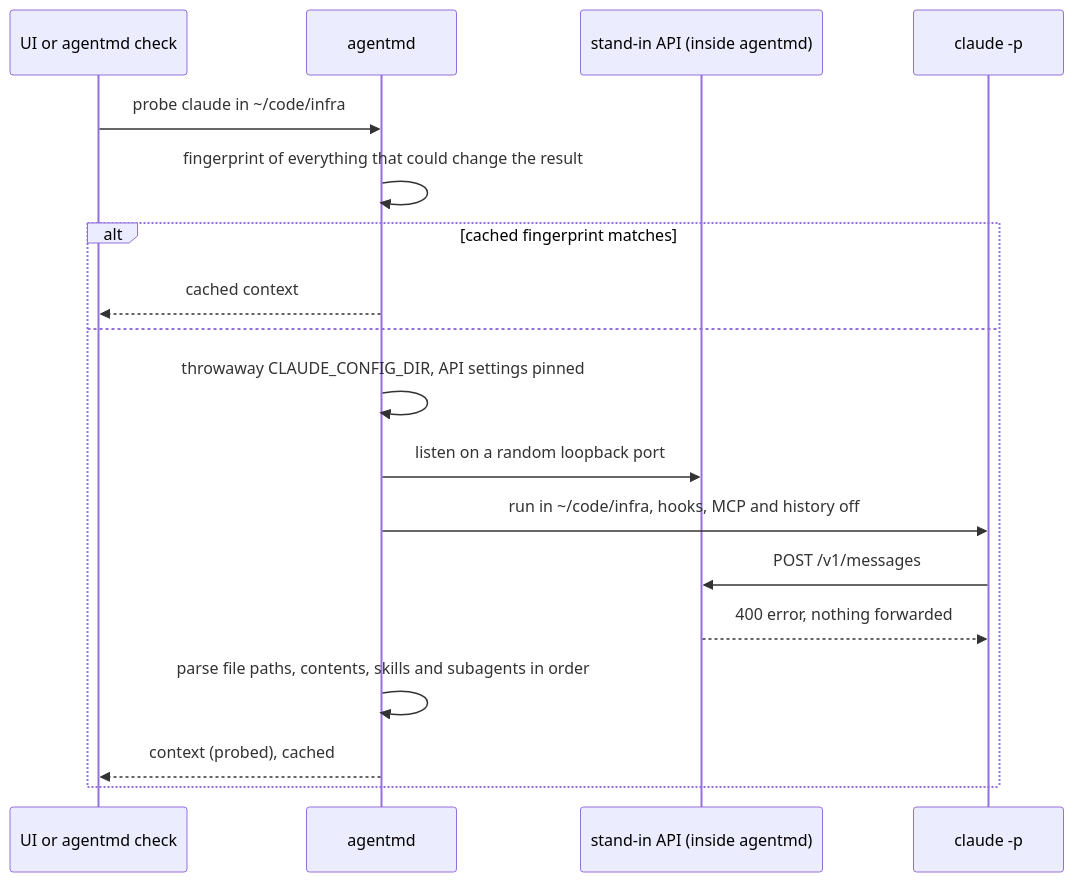
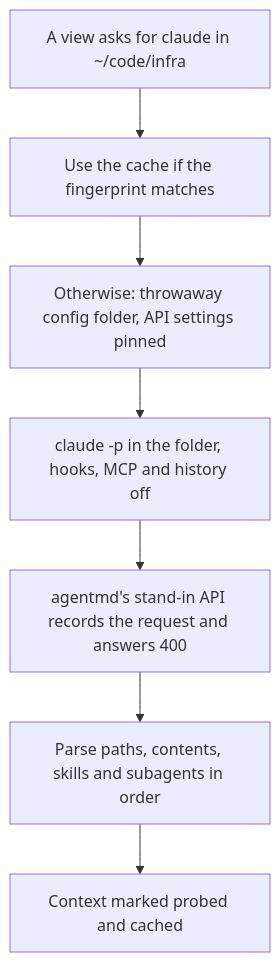
Before and after one commit to ViktorBarzin/agentmd: the second of 4 diagrams in docs/plans/2026-09-26-agentmd-v1.md, drawn with Mermaid. The commit also changed other lines of this file, not shown here.

First line of the commit message:
Redraw the plan's diagrams as narrow top-down flows

````diff
--- a/docs/plans/2026-09-26-agentmd-v1.md
+++ b/docs/plans/2026-09-26-agentmd-v1.md
@@ -133,20 +121,9 @@
 ```mermaid
-sequenceDiagram
-  participant UI as UI or agentmd check
-  participant M as agentmd
-  participant API as stand-in API (inside agentmd)
-  participant CC as claude -p
-  UI->>M: probe claude in ~/code/infra
-  M->>M: fingerprint of everything that could change the result
-  alt cached fingerprint matches
-    M-->>UI: cached context
-  else
-    M->>M: throwaway CLAUDE_CONFIG_DIR, API settings pinned
-    M->>API: listen on a random loopback port
-    M->>CC: run in ~/code/infra, hooks, MCP and history off
-    CC->>API: POST /v1/messages
-    API-->>CC: 400 error, nothing forwarded
-    M->>M: parse file paths, contents, skills and subagents in order
-    M-->>UI: context (probed), cached
-  end
+flowchart TD
+  Q[A view asks for claude in ~/code/infra] --> CH[Use the cache if the fingerprint matches]
+  CH --> CFG[Otherwise: throwaway config folder, API settings pinned]
+  CFG --> RUN[claude -p in the folder, hooks, MCP and history off]
+  RUN --> API[agentmd's stand-in API records the request and answers 400]
+  API --> PARSE[Parse paths, contents, skills and subagents in order]
+  PARSE --> DONE[Context marked probed and cached]
 ```
````
